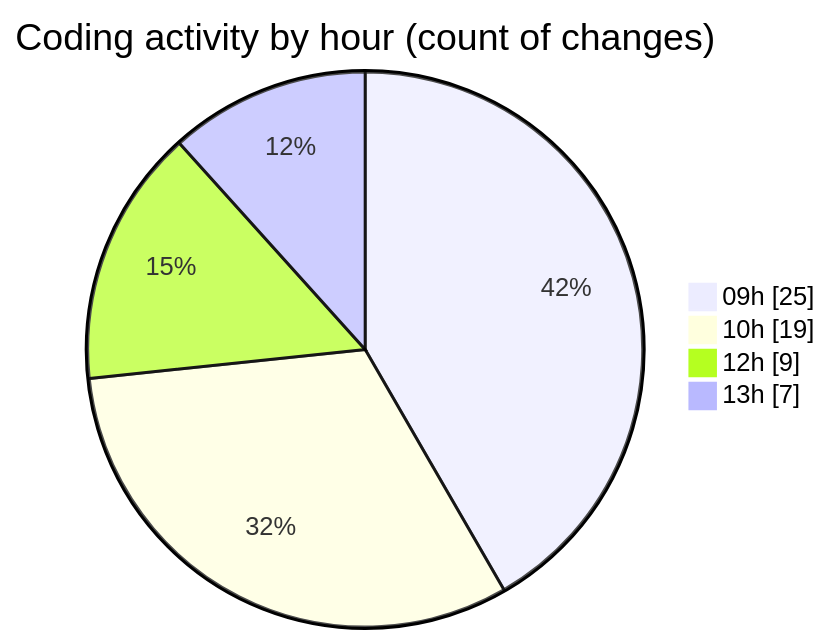
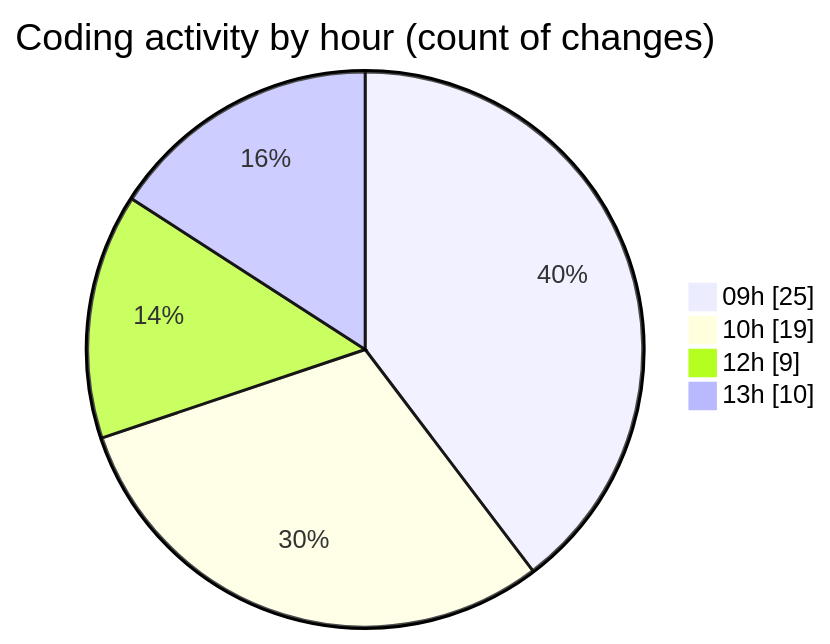
One commit to momahboobian/code-tracking changed the second of 2 diagrams in 2025-08-19/cda/README.md. Above: the diagram before and after it, drawn with Mermaid. The commit also changed other lines of this file and 1 other file, not shown here.

````diff
--- a/2025-08-19/cda/README.md
+++ b/2025-08-19/cda/README.md
@@ -50,8 +50,8 @@
 ```mermaid
 pie showData
 title Coding activity by hour (count of changes)
 "09h" : 25
 "10h" : 19
 "12h" : 9
-"13h" : 7
+"13h" : 10
 ```
````
